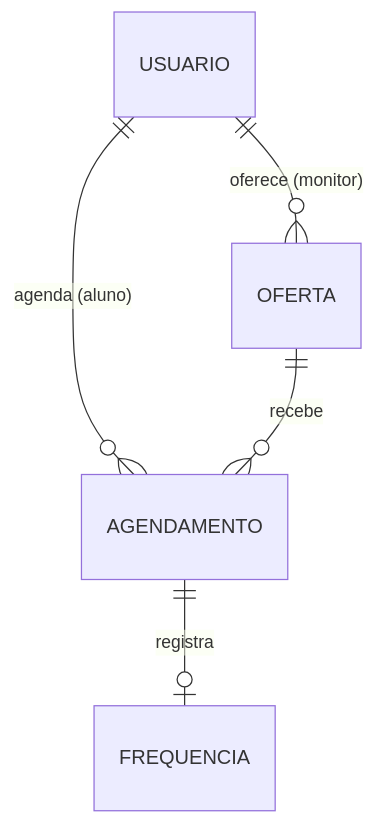
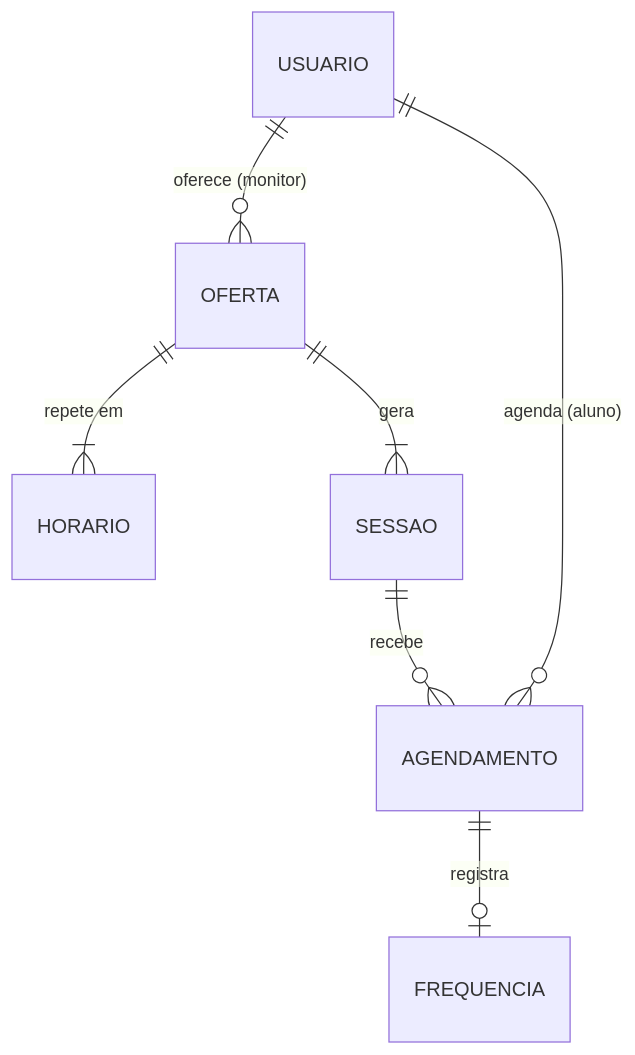
The first of 2 diagrams in docs/api.md (AlexOlegario18/gcc267-2026-2-ALM-D3), drawn with Mermaid before and after one commit. The commit also changed other lines of this file and 1 other file, not shown here.

````diff
--- a/docs/api.md
+++ b/docs/api.md
@@ -38,7 +42,9 @@
 ```mermaid
 erDiagram
     USUARIO ||--o{ OFERTA : "oferece (monitor)"
+    OFERTA ||--|{ HORARIO : "repete em"
+    OFERTA ||--|{ SESSAO : gera
+    SESSAO ||--o{ AGENDAMENTO : recebe
     USUARIO ||--o{ AGENDAMENTO : "agenda (aluno)"
-    OFERTA ||--o{ AGENDAMENTO : recebe
     AGENDAMENTO ||--o| FREQUENCIA : registra
 ```
````
